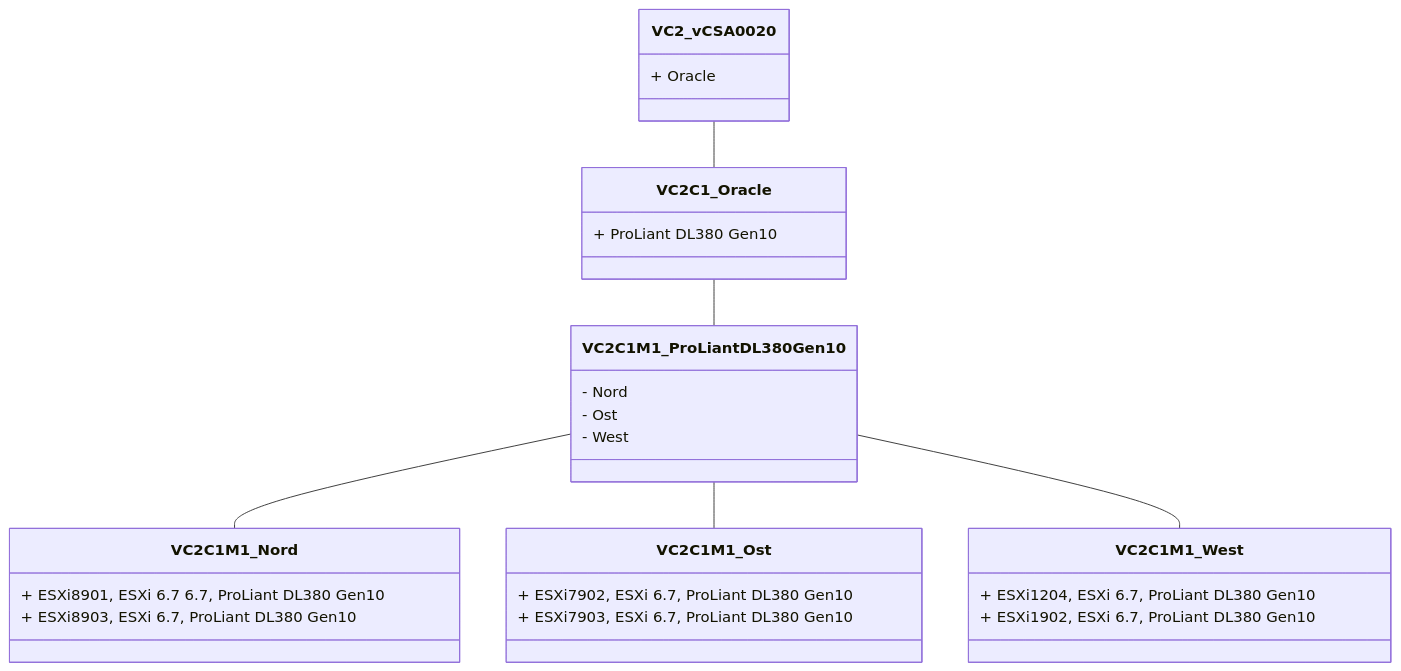
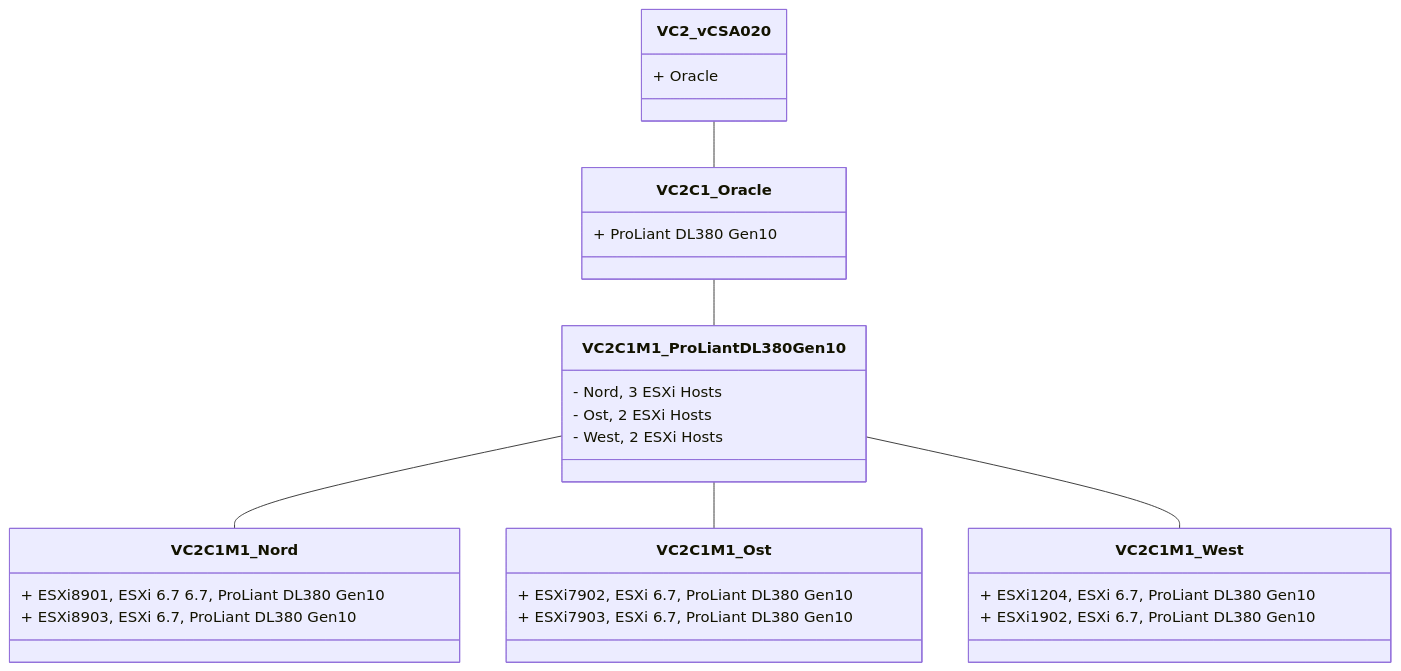
The second of 4 diagrams in Simple ESXiHost Inventory.md (tinuwalther/PSXiDiag), drawn with Mermaid before and after one commit. The commit also changed other lines of this file and 5 other files, not shown here.

`````diff
--- a/Simple ESXiHost Inventory.md
+++ b/Simple ESXiHost Inventory.md
@@ -56,19 +62,19 @@
 ````mermaid
 classDiagram
-VC2_vCSA0020 -- VC2C1_Oracle
-VC2_vCSA0020 : + Oracle
+VC2_vCSA020 -- VC2C1_Oracle
+VC2_vCSA020 : + Oracle
 VC2C1_Oracle : + ProLiant DL380 Gen10
 VC2C1_Oracle -- VC2C1M1_ProLiant DL380 Gen10
-VC2C1M1_ProLiant DL380 Gen10 : - Nord
+VC2C1M1_ProLiant DL380 Gen10 : - Nord, 3 ESXi Hosts
 VC2C1M1_ProLiant DL380 Gen10 -- VC2C1M1_Nord
 VC2C1M1_Nord : + ESXi8901, ESXi 6.7 6.7, ProLiant DL380 Gen10
 VC2C1M1_Nord : + ESXi8903, ESXi 6.7, ProLiant DL380 Gen10
-VC2C1M1_ProLiant DL380 Gen10 : - Ost
+VC2C1M1_ProLiant DL380 Gen10 : - Ost, 2 ESXi Hosts
 VC2C1M1_ProLiant DL380 Gen10 -- VC2C1M1_Ost
 VC2C1M1_Ost : + ESXi7902, ESXi 6.7, ProLiant DL380 Gen10
 VC2C1M1_Ost : + ESXi7903, ESXi 6.7, ProLiant DL380 Gen10
-VC2C1M1_ProLiant DL380 Gen10 : - West
+VC2C1M1_ProLiant DL380 Gen10 : - West, 2 ESXi Hosts
 VC2C1M1_ProLiant DL380 Gen10 -- VC2C1M1_West
 VC2C1M1_West : + ESXi1204, ESXi 6.7, ProLiant DL380 Gen10
 VC2C1M1_West : + ESXi1902, ESXi 6.7, ProLiant DL380 Gen10
 ````
`````
